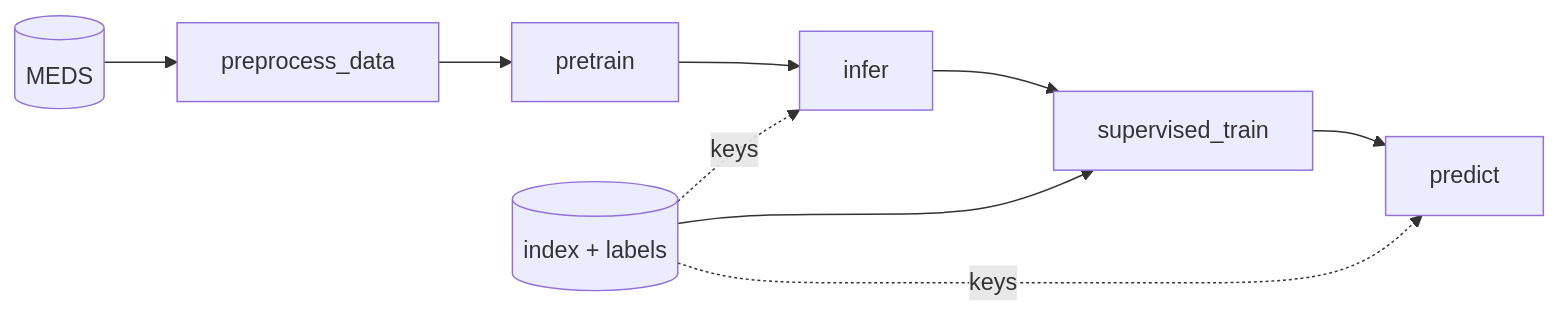
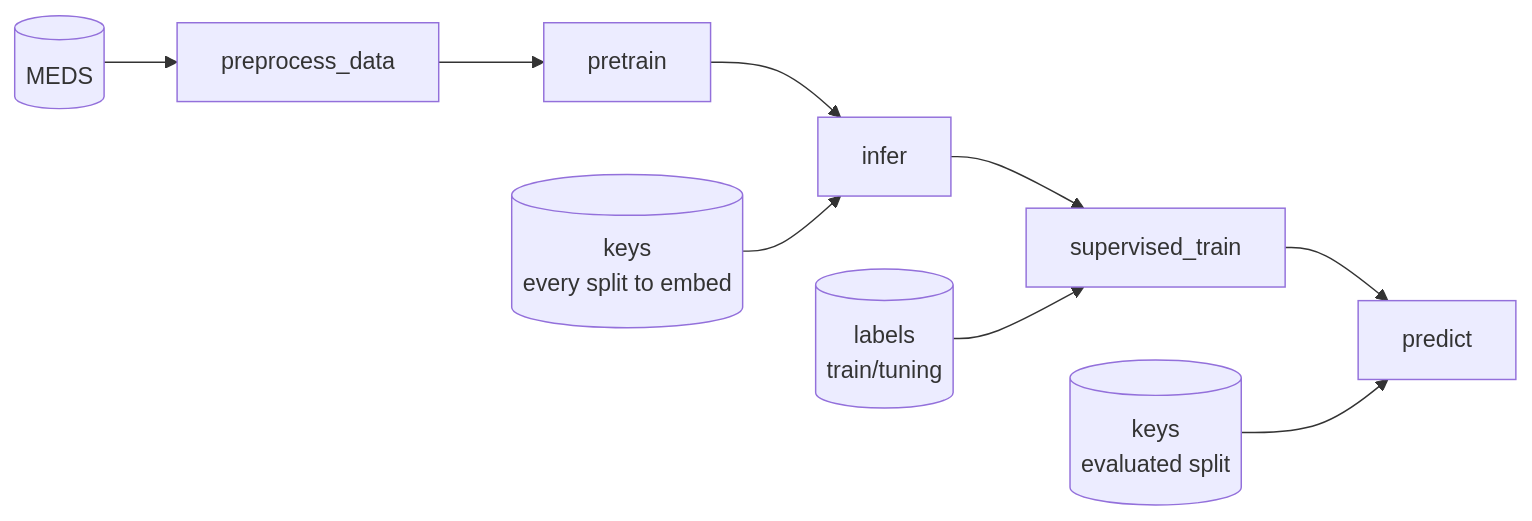
The fourth of 7 diagrams in docs/profiles.md (McDermottHealthAI/MEDS_algorithm_template), drawn with Mermaid before and after one commit. The commit also changed other lines of this file and 6 other files, not shown here.

````diff
--- a/docs/profiles.md
+++ b/docs/profiles.md
@@ -78,7 +99,7 @@
-    ```mermaid
-    flowchart LR
-        d[(MEDS)] --> pp[preprocess_data] --> pt[pretrain] --> inf[infer] --> st[supervised_train] --> pr[predict]
-        l[(index + labels)] -. keys .-> inf
-        l --> st
-        l -. keys .-> pr
-    ```
+```mermaid
+flowchart LR
+    d[(MEDS)] --> pp[preprocess_data] --> pt[pretrain] --> inf[infer] --> st[supervised_train] --> pr[predict]
+    keysall[(keys<br/>every split to embed)] --> inf
+    lab[(labels<br/>train/tuning)] --> st
+    keys[(keys<br/>evaluated split)] --> pr
+```
````
